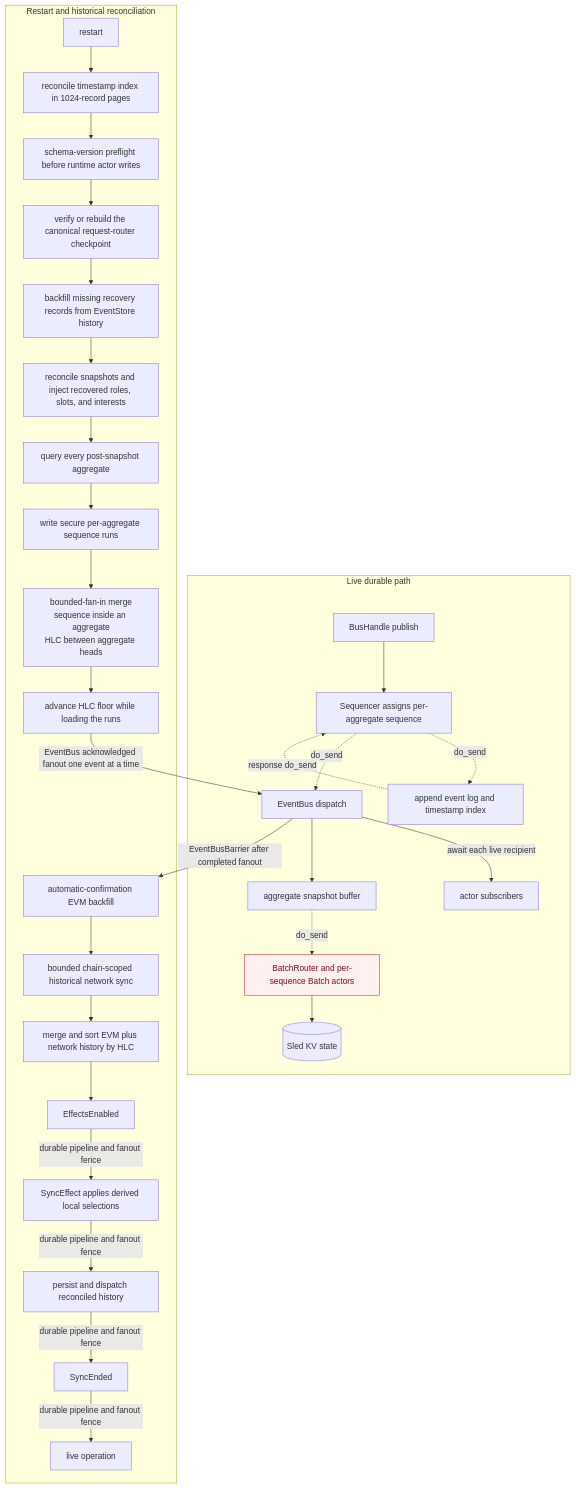
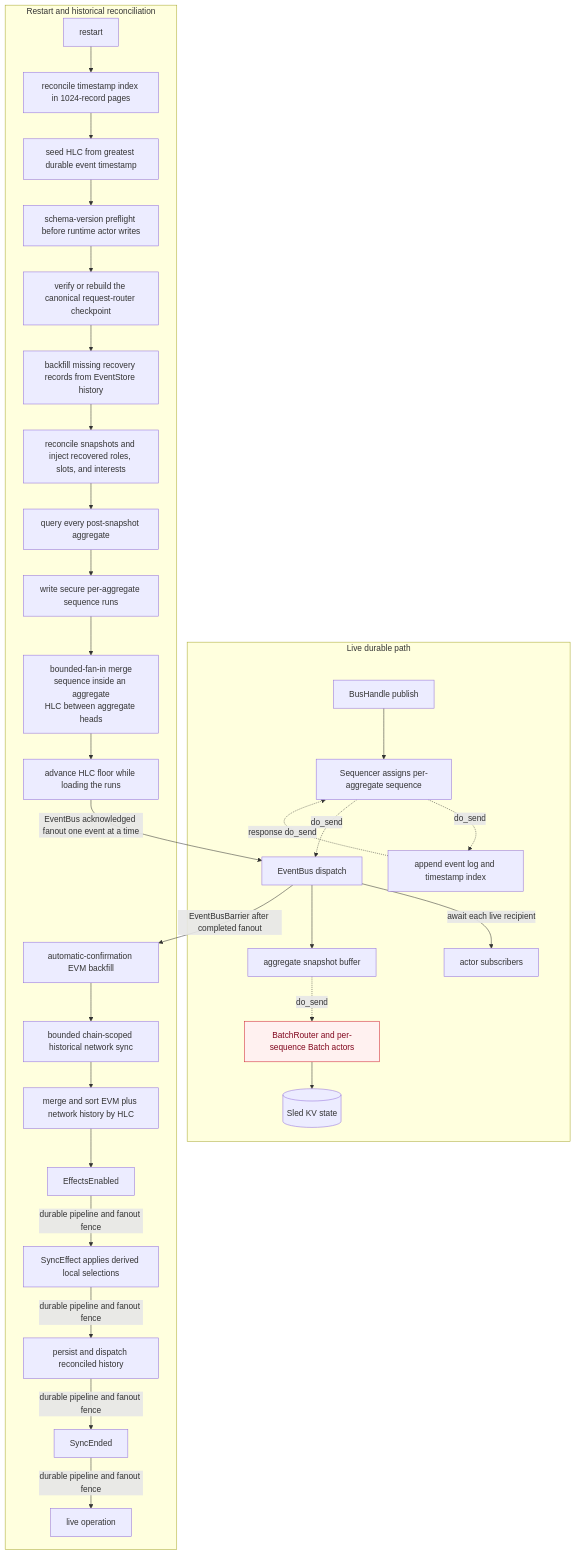
Before and after one commit to theinterfold/interfold: the fifth of 15 diagrams in agent/CRATES_ARCHITECTURE.md, drawn with Mermaid. The commit also changed 7 other files, not shown here.

Commit message:
fix(events): seed restart clock from durable history

````diff
--- a/agent/CRATES_ARCHITECTURE.md
+++ b/agent/CRATES_ARCHITECTURE.md
@@ -328,37 +328,38 @@
 ```mermaid
 flowchart TD
     subgraph LivePath[Live durable path]
         Publish[BusHandle publish] --> Sequencer[Sequencer assigns per-aggregate sequence]
         Sequencer -. do_send .-> EventStore[append event log and timestamp index]
         EventStore -. response do_send .-> Sequencer
         Sequencer -. do_send .-> Dispatch[EventBus dispatch]
         Dispatch -->|await each live recipient| Subscribers[actor subscribers]
         Dispatch --> SnapshotBuffer[aggregate snapshot buffer]
         SnapshotBuffer -. do_send .-> SnapshotRouter[BatchRouter and per-sequence Batch actors]
         SnapshotRouter --> Repositories[(Sled KV state)]
     end
 
     subgraph Recovery[Restart and historical reconciliation]
         Restart[restart] --> Index[reconcile timestamp index in 1024-record pages]
-        Index --> Schema[schema-version preflight before runtime actor writes]
+        Index --> ClockFloor[seed HLC from greatest durable event timestamp]
+        ClockFloor --> Schema[schema-version preflight before runtime actor writes]
         Schema --> RouterCursor[verify or rebuild the canonical request-router checkpoint]
         RouterCursor --> Backfill[backfill missing recovery records from EventStore history]
         Backfill --> SnapshotMeta[reconcile snapshots and inject recovered roles, slots, and interests]
         SnapshotMeta --> Query[query every post-snapshot aggregate]
         Query --> Runs[write secure per-aggregate sequence runs]
         Runs --> GlobalOrder[bounded-fan-in merge<br/>sequence inside an aggregate<br/>HLC between aggregate heads]
         GlobalOrder --> ReplayFloor[advance HLC floor while loading the runs]
         ReplayFloor -->|EventBus acknowledged fanout one event at a time| Dispatch
         Dispatch -->|EventBusBarrier after completed fanout| EvmBackfill[automatic-confirmation EVM backfill]
         EvmBackfill --> NetBackfill[bounded chain-scoped historical network sync]
         NetBackfill --> Merge[merge and sort EVM plus network history by HLC]
         Merge --> Enable[EffectsEnabled]
         Enable -->|durable pipeline and fanout fence| Resume[SyncEffect applies derived local selections]
         Resume -->|durable pipeline and fanout fence| PersistHistory[persist and dispatch reconciled history]
         PersistHistory -->|durable pipeline and fanout fence| End[SyncEnded]
         End -->|durable pipeline and fanout fence| Live[live operation]
     end
 
     classDef residual fill:#fff1f0,stroke:#cf222e,color:#82071e
     class SnapshotRouter residual
 ```
````
